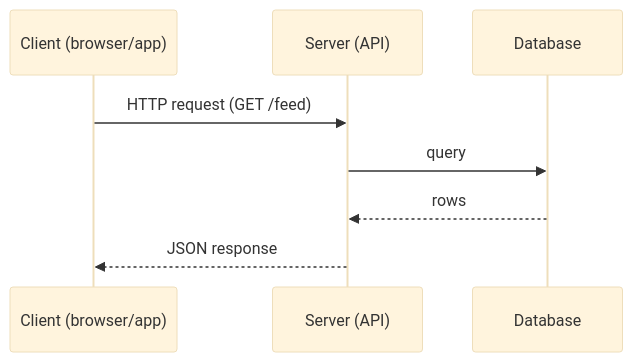
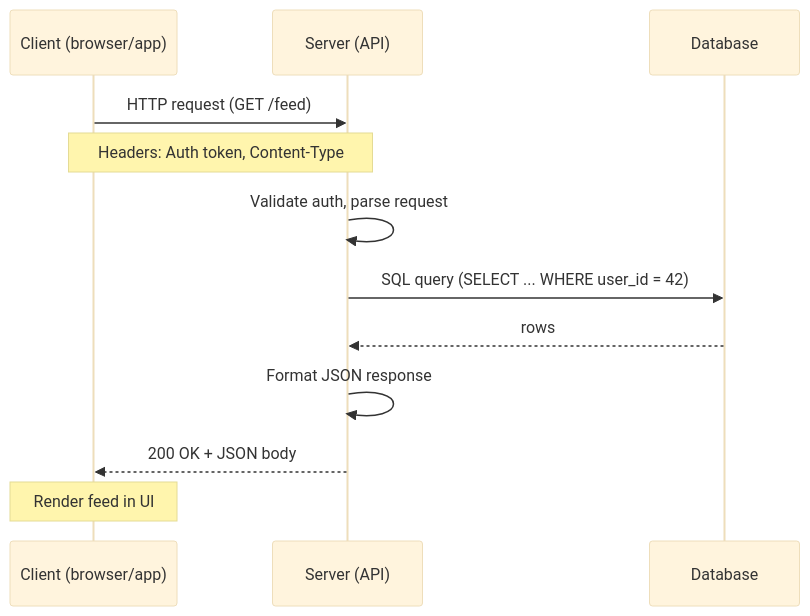
One commit to saroj990/system-design changed the first of 5 diagrams in fundamentals/04-clients-servers-apis.md. Above: the diagram before and after it, drawn with Mermaid (base theme). The commit also changed other lines of this file and 14 other files, not shown here.

````diff
--- a/fundamentals/04-clients-servers-apis.md
+++ b/fundamentals/04-clients-servers-apis.md
@@ -11,10 +33,15 @@
 ```mermaid
 sequenceDiagram
   participant C as Client (browser/app)
   participant S as Server (API)
   participant D as Database
+
   C->>S: HTTP request (GET /feed)
-  S->>D: query
+  Note over C,S: Headers: Auth token, Content-Type
+  S->>S: Validate auth, parse request
+  S->>D: SQL query (SELECT ... WHERE user_id = 42)
   D-->>S: rows
-  S-->>C: JSON response
+  S->>S: Format JSON response
+  S-->>C: 200 OK + JSON body
+  Note over C: Render feed in UI
 ```
````
